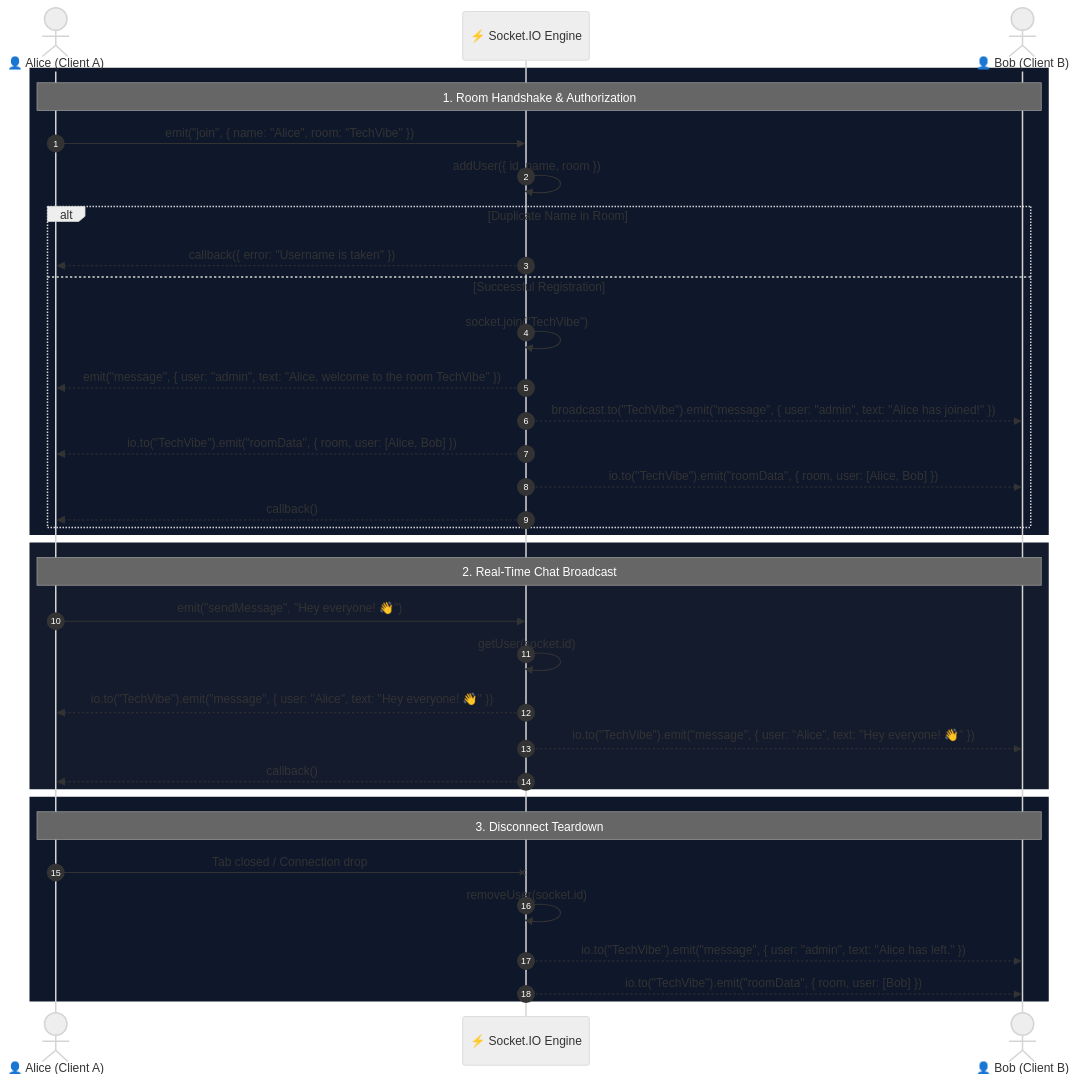
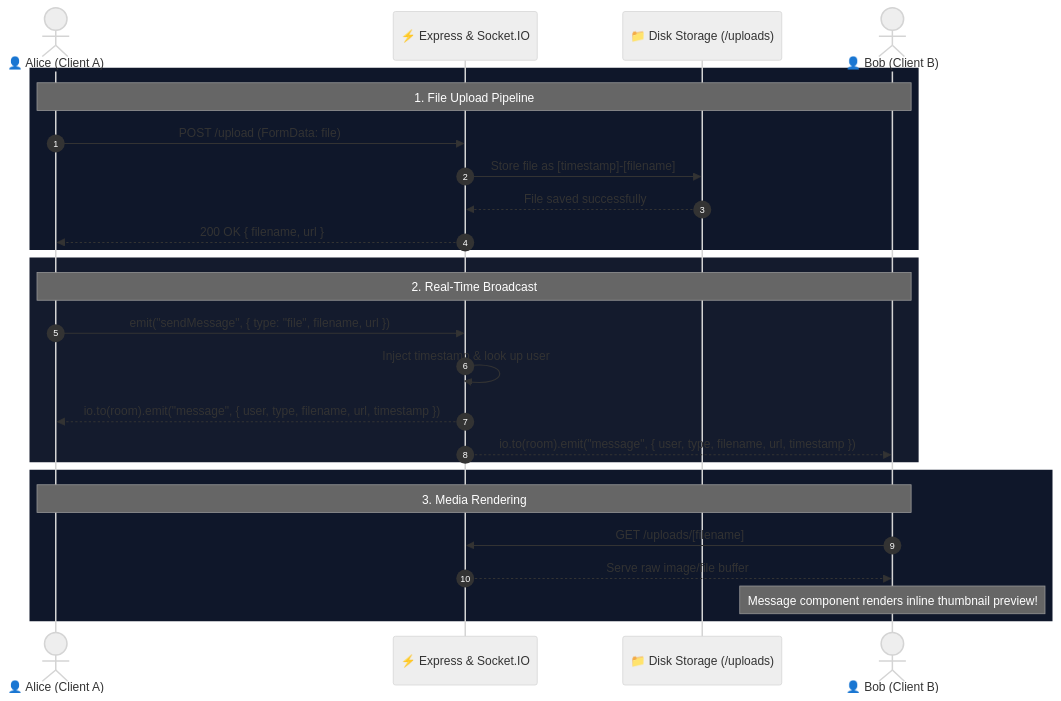
Before and after one commit to kartikeyv-coder/VibeSync: the second of 2 diagrams in README.md, drawn with Mermaid (neutral theme). The commit also changed other lines of this file and 78 other files, not shown here.

````diff
--- a/README.md
+++ b/README.md
@@ -141,40 +164,31 @@
 ```mermaid
 sequenceDiagram
     autonumber
     actor Alice as 👤 Alice (Client A)
-    participant Server as ⚡ Socket.IO Engine
+    participant Server as ⚡ Express & Socket.IO
+    participant Storage as 📁 Disk Storage (/uploads)
     actor Bob as 👤 Bob (Client B)
 
     rect rgb(15, 23, 42)
-        Note over Alice,Bob: 1. Room Handshake & Authorization
-        Alice->>Server: emit("join", { name: "Alice", room: "TechVibe" })
-        Server->>Server: addUser({ id, name, room })
-        alt Duplicate Name in Room
-            Server-->>Alice: callback({ error: "Username is taken" })
-        else Successful Registration
-            Server->>Server: socket.join("TechVibe")
-            Server-->>Alice: emit("message", { user: "admin", text: "Alice, welcome to the room TechVibe" })
-            Server-->>Bob: broadcast.to("TechVibe").emit("message", { user: "admin", text: "Alice has joined!" })
-            Server-->>Alice: io.to("TechVibe").emit("roomData", { room, user: [Alice, Bob] })
-            Server-->>Bob: io.to("TechVibe").emit("roomData", { room, user: [Alice, Bob] })
-            Server-->>Alice: callback()
-        end
+        Note over Alice,Bob: 1. File Upload Pipeline
+        Alice->>Server: POST /upload (FormData: file)
+        Server->>Storage: Store file as [timestamp]-[filename]
+        Storage-->>Server: File saved successfully
+        Server-->>Alice: 200 OK { filename, url }
     end
 
     rect rgb(20, 27, 45)
-        Note over Alice,Bob: 2. Real-Time Chat Broadcast
-        Alice->>Server: emit("sendMessage", "Hey everyone! 👋")
-        Server->>Server: getUser(socket.id)
-        Server-->>Alice: io.to("TechVibe").emit("message", { user: "Alice", text: "Hey everyone! 👋" })
-        Server-->>Bob: io.to("TechVibe").emit("message", { user: "Alice", text: "Hey everyone! 👋" })
-        Server-->>Alice: callback()
+        Note over Alice,Bob: 2. Real-Time Broadcast
+        Alice->>Server: emit("sendMessage", { type: "file", filename, url })
+        Server->>Server: Inject timestamp & look up user
+        Server-->>Alice: io.to(room).emit("message", { user, type, filename, url, timestamp })
+        Server-->>Bob: io.to(room).emit("message", { user, type, filename, url, timestamp })
     end
 
     rect rgb(15, 23, 42)
-        Note over Alice,Bob: 3. Disconnect Teardown
-        Alice-xServer: Tab closed / Connection drop
-        Server->>Server: removeUser(socket.id)
-        Server-->>Bob: io.to("TechVibe").emit("message", { user: "admin", text: "Alice has left." })
-        Server-->>Bob: io.to("TechVibe").emit("roomData", { room, user: [Bob] })
+        Note over Alice,Bob: 3. Media Rendering
+        Bob->>Server: GET /uploads/[filename]
+        Server-->>Bob: Serve raw image/file buffer
+        Note over Bob: Message component renders inline thumbnail preview!
     end
 ```
````
